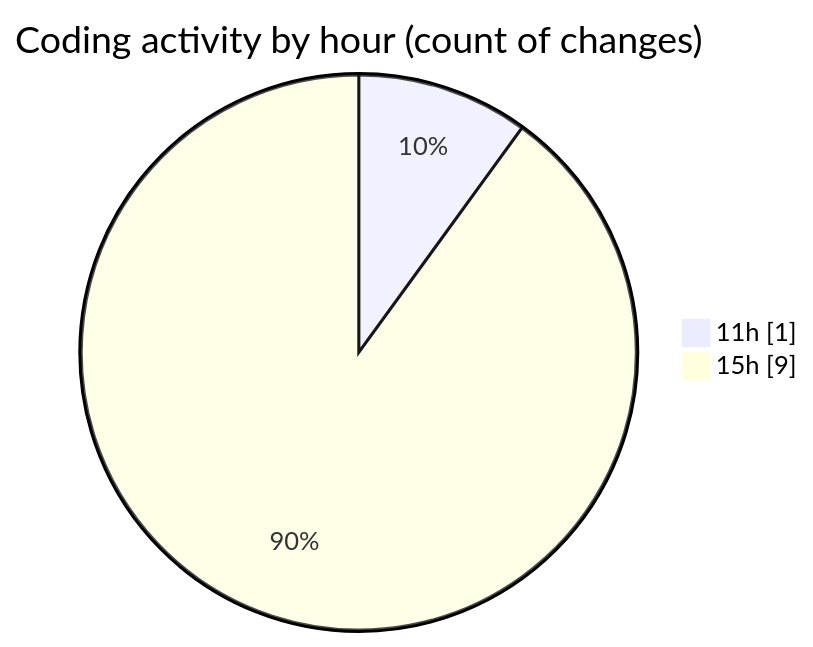
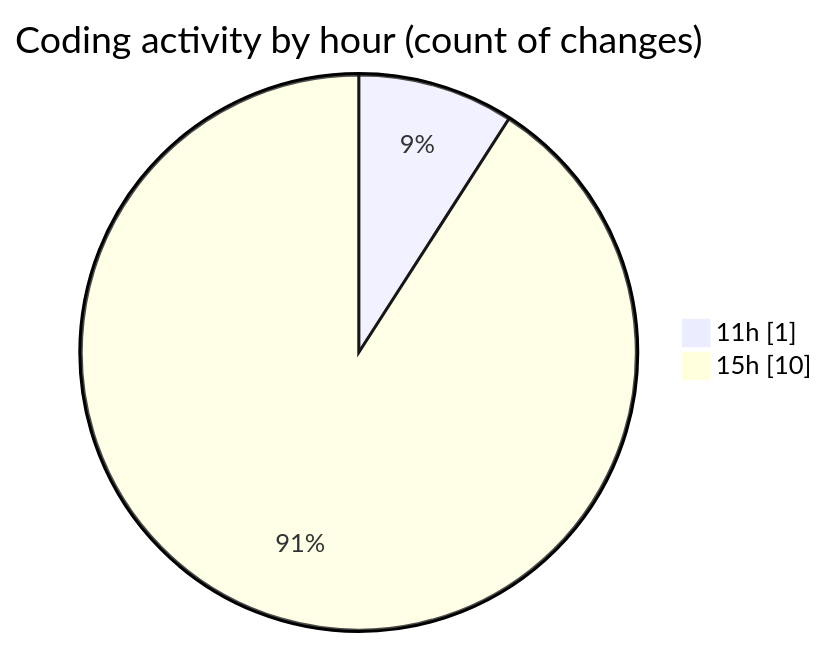
Before and after one commit to ricardozamudiocil/code-tracking: the second of 2 diagrams in 2026-04-14/cilapp/README.md, drawn with Mermaid. The commit also changed other lines of this file and 1 other file, not shown here.

````diff
--- a/2026-04-14/cilapp/README.md
+++ b/2026-04-14/cilapp/README.md
@@ -37,6 +38,6 @@
 ```mermaid
 pie showData
 title Coding activity by hour (count of changes)
 "11h" : 1
-"15h" : 9
+"15h" : 10
 ```
````
